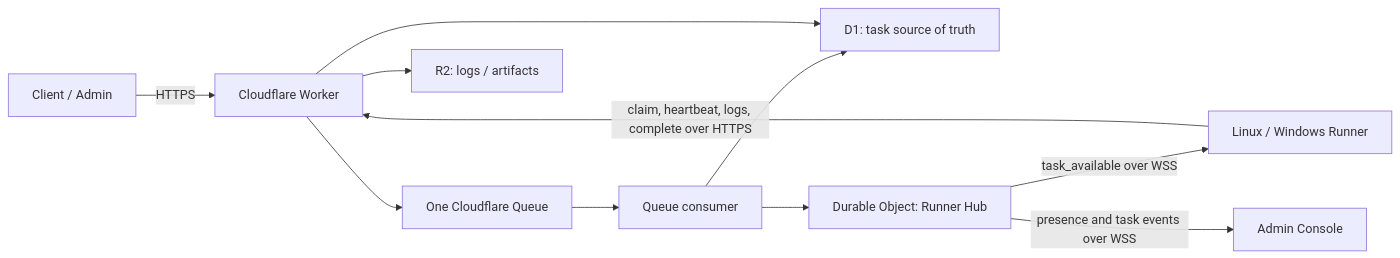
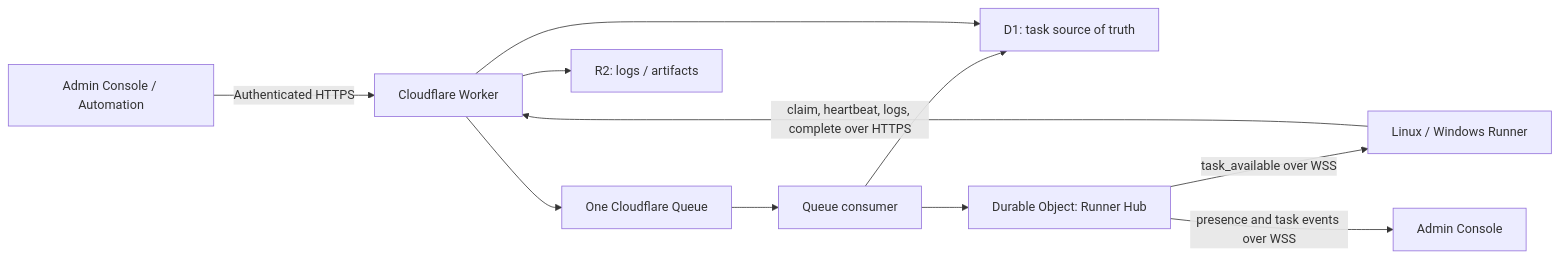
One commit to huangshirui/task-hub changed the diagram in README.md. Above: the diagram before and after it, drawn with Mermaid. The commit also changed other lines of this file and 2 other files, not shown here.

````diff
--- a/README.md
+++ b/README.md
@@ -22,13 +23,13 @@
 ```mermaid
 flowchart LR
-  Client["Client / Admin"] -->|"HTTPS"| Worker["Cloudflare Worker"]
+  Client["Admin Console / Automation"] -->|"Authenticated HTTPS"| Worker["Cloudflare Worker"]
   Worker --> Queue["One Cloudflare Queue"]
   Queue --> Consumer["Queue consumer"]
   Consumer --> D1["D1: task source of truth"]
   Consumer --> Hub["Durable Object: Runner Hub"]
   Hub -->|"task_available over WSS"| Runner["Linux / Windows Runner"]
   Runner -->|"claim, heartbeat, logs, complete over HTTPS"| Worker
   Worker --> D1
   Worker --> R2["R2: logs / artifacts"]
   Hub -->|"presence and task events over WSS"| Admin["Admin Console"]
 ```
````
